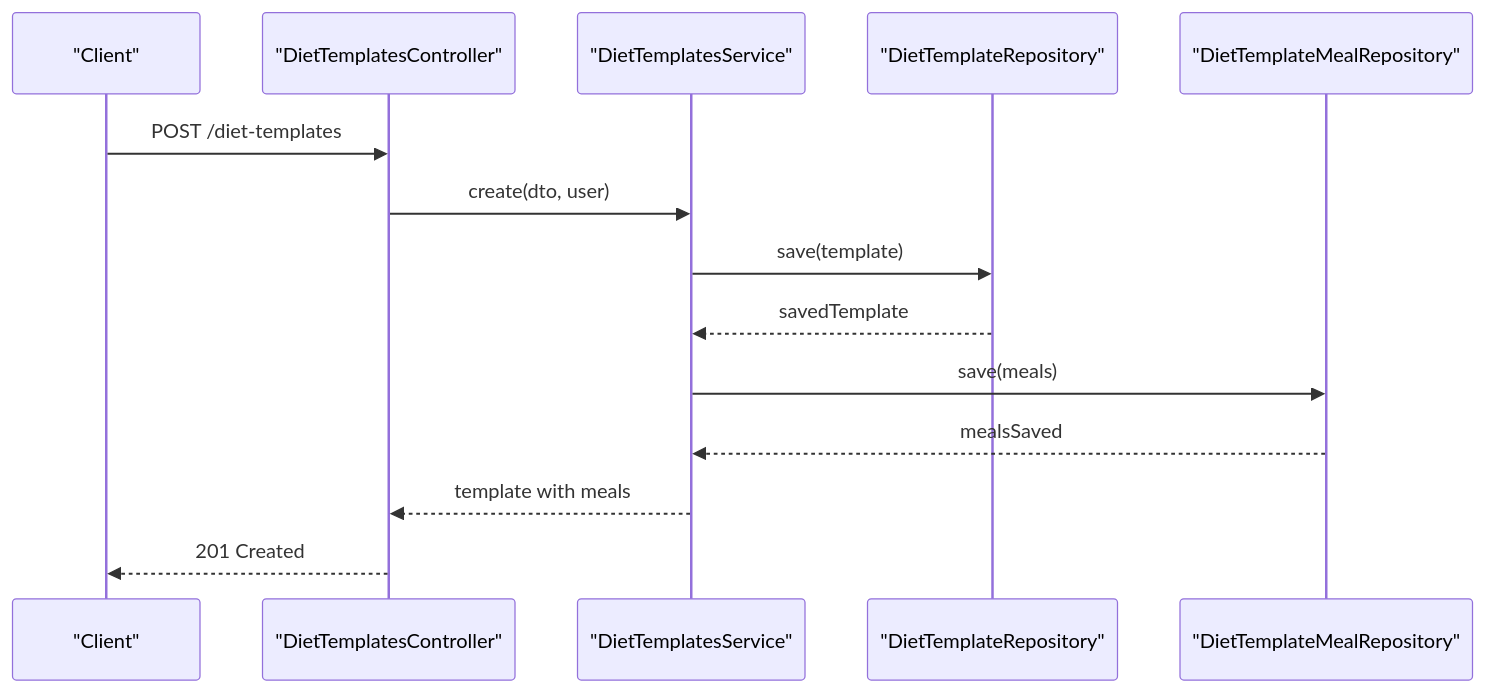
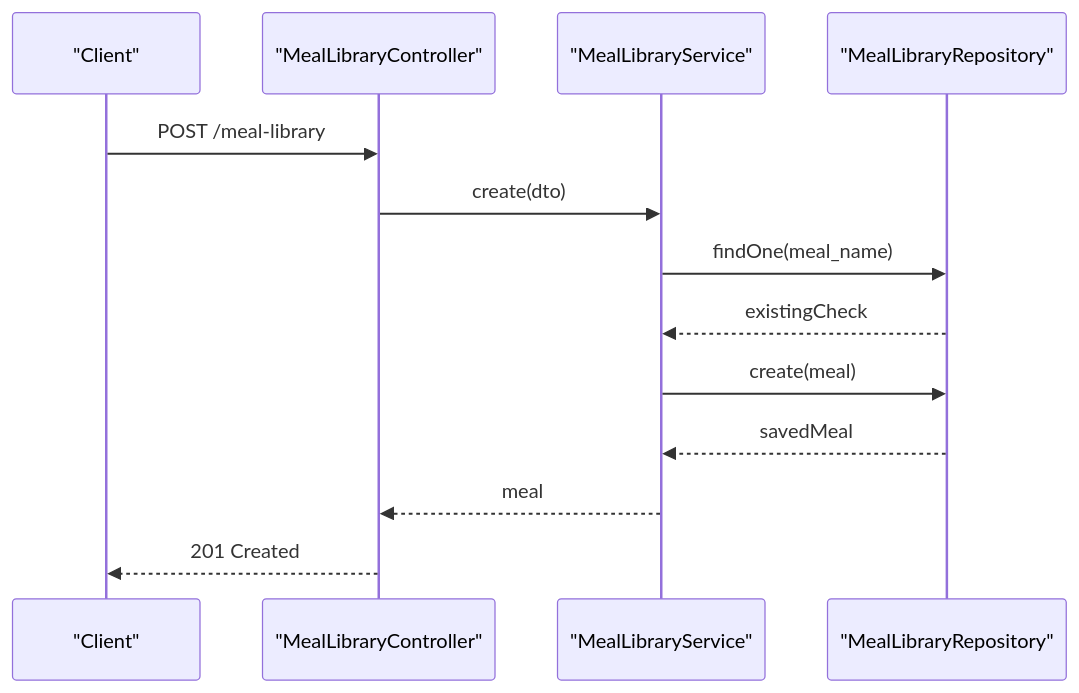
Before and after one commit to macintoshUserchg/nest_js_gym_backend_current: the second of 9 diagrams in .qoder/repowiki/en/content/Core Modules & Features/Nutrition Programs/Meal Library Management.md, drawn with Mermaid. The commit also changed other lines of this file and 6 other files, not shown here.

````diff
--- a/.qoder/repowiki/en/content/Core Modules & Features/Nutrition Programs/Meal Library Management.md
+++ b/.qoder/repowiki/en/content/Core Modules & Features/Nutrition Programs/Meal Library Management.md
@@ -114,16 +145,15 @@
 ```mermaid
 sequenceDiagram
 participant Client as "Client"
-participant Ctrl as "DietTemplatesController"
-participant Svc as "DietTemplatesService"
-participant Repo1 as "DietTemplateRepository"
-participant Repo2 as "DietTemplateMealRepository"
-Client->>Ctrl : POST /diet-templates
-Ctrl->>Svc : create(dto, user)
-Svc->>Repo1 : save(template)
-Repo1-->>Svc : savedTemplate
-Svc->>Repo2 : save(meals)
-Repo2-->>Svc : mealsSaved
-Svc-->>Ctrl : template with meals
+participant Ctrl as "MealLibraryController"
+participant Svc as "MealLibraryService"
+participant Repo as "MealLibraryRepository"
+Client->>Ctrl : POST /meal-library
+Ctrl->>Svc : create(dto)
+Svc->>Repo : findOne(meal_name)
+Repo-->>Svc : existingCheck
+Svc->>Repo : create(meal)
+Repo-->>Svc : savedMeal
+Svc-->>Ctrl : meal
 Ctrl-->>Client : 201 Created
 ```
````
